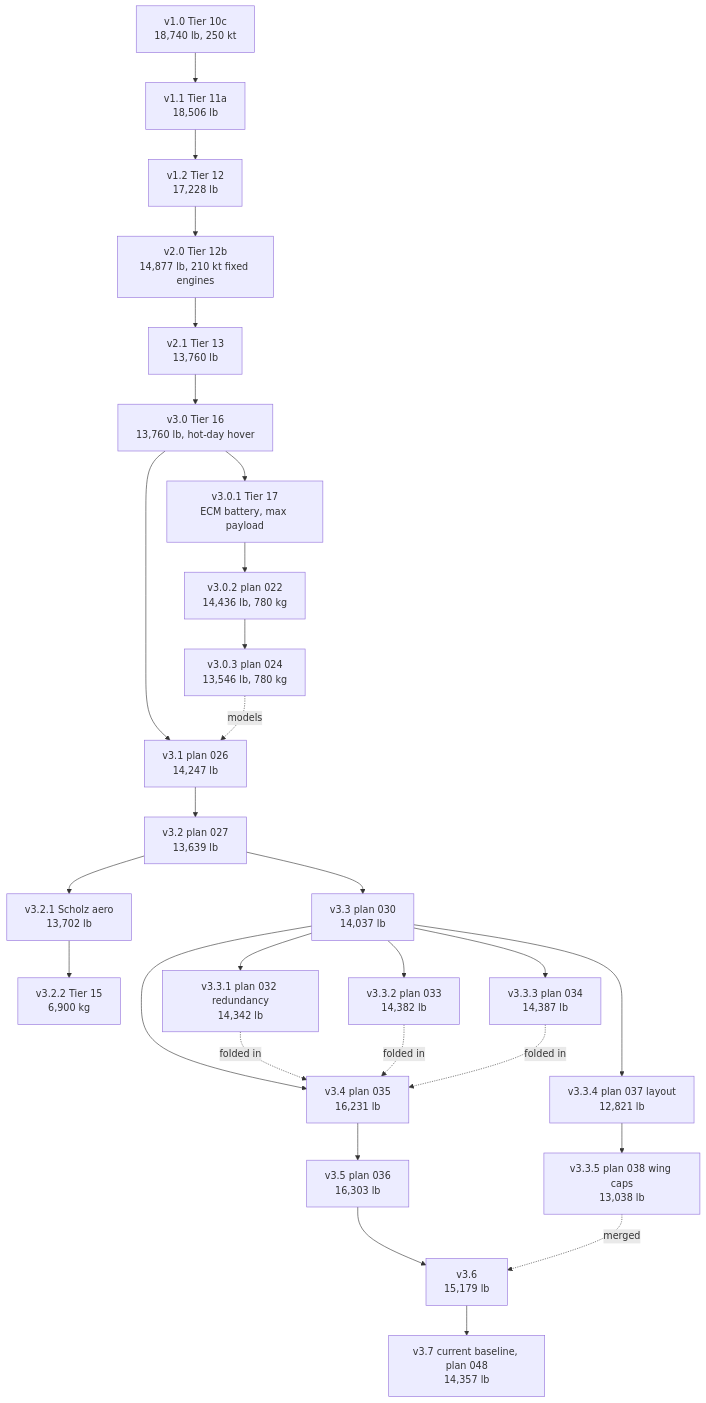
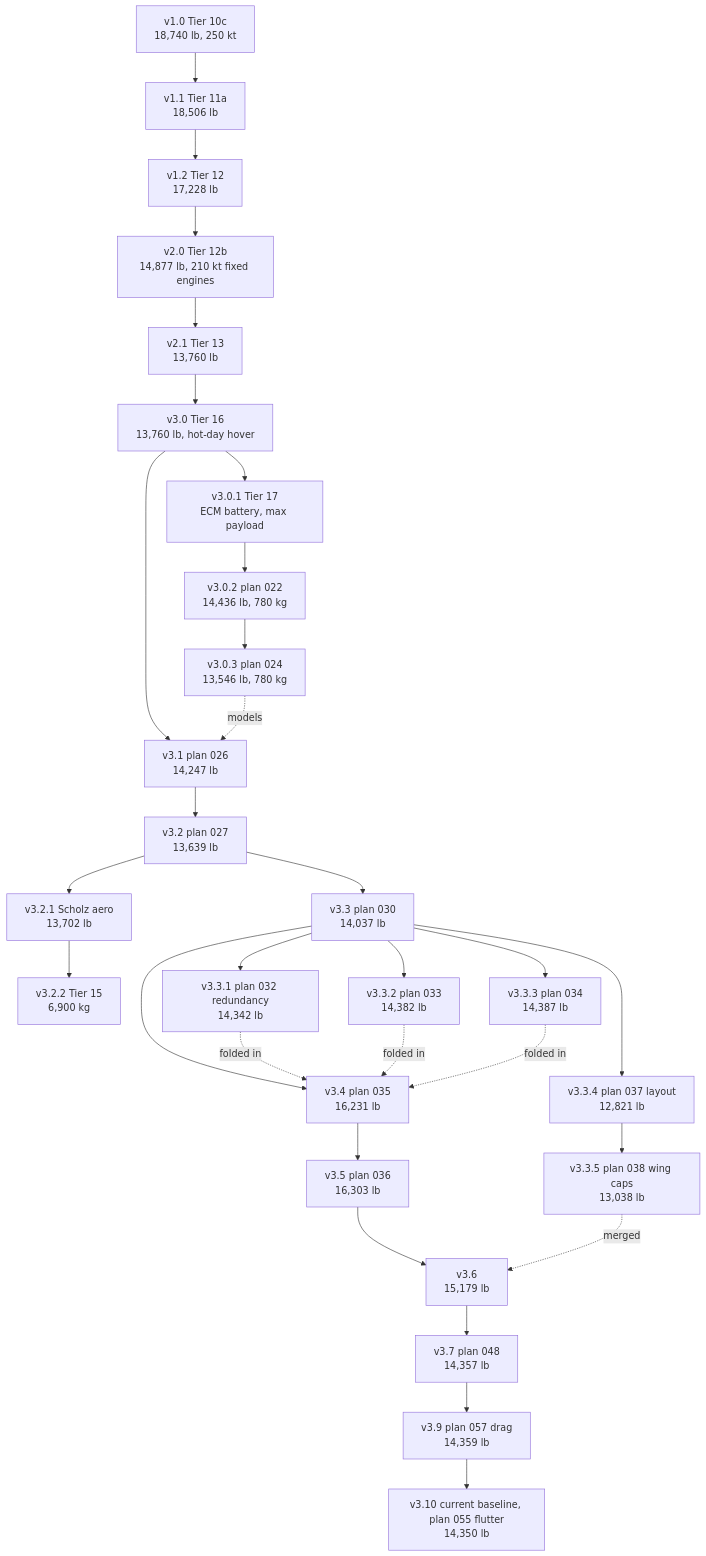
One commit to rootAmos/size_halo changed the diagram in docs/AIRCRAFT_VERSIONS.md. Above: the diagram before and after it, drawn with Mermaid. The commit also changed other lines of this file and 13 other files, not shown here.

First line of the commit message:
feat(sizing): baseline v3.10, flutter in the loop with delta-3 free on the recalibrated drag (plan 057)

````diff
--- a/docs/AIRCRAFT_VERSIONS.md
+++ b/docs/AIRCRAFT_VERSIONS.md
@@ -58,30 +60,32 @@
 ```mermaid
 flowchart TD
     v1_0["v1.0 Tier 10c<br/>18,740 lb, 250 kt"] --> v1_1["v1.1 Tier 11a<br/>18,506 lb"]
     v1_1 --> v1_2["v1.2 Tier 12<br/>17,228 lb"]
     v1_2 --> v2_0["v2.0 Tier 12b<br/>14,877 lb, 210 kt fixed engines"]
     v2_0 --> v2_1["v2.1 Tier 13<br/>13,760 lb"]
     v2_1 --> v3_0["v3.0 Tier 16<br/>13,760 lb, hot-day hover"]
     v3_0 --> v3_0_1["v3.0.1 Tier 17<br/>ECM battery, max payload"]
     v3_0_1 --> v3_0_2["v3.0.2 plan 022<br/>14,436 lb, 780 kg"]
     v3_0_2 --> v3_0_3["v3.0.3 plan 024<br/>13,546 lb, 780 kg"]
     v3_0 --> v3_1["v3.1 plan 026<br/>14,247 lb"]
     v3_0_3 -. models .-> v3_1
     v3_1 --> v3_2["v3.2 plan 027<br/>13,639 lb"]
     v3_2 --> v3_2_1["v3.2.1 Scholz aero<br/>13,702 lb"]
     v3_2_1 --> v3_2_2["v3.2.2 Tier 15<br/>6,900 kg"]
     v3_2 --> v3_3["v3.3 plan 030<br/>14,037 lb"]
     v3_3 --> v3_3_1["v3.3.1 plan 032 redundancy<br/>14,342 lb"]
     v3_3 --> v3_3_2["v3.3.2 plan 033<br/>14,382 lb"]
     v3_3 --> v3_3_3["v3.3.3 plan 034<br/>14,387 lb"]
     v3_3 --> v3_4["v3.4 plan 035<br/>16,231 lb"]
     v3_3_1 -. folded in .-> v3_4
     v3_3_2 -. folded in .-> v3_4
     v3_3_3 -. folded in .-> v3_4
     v3_4 --> v3_5["v3.5 plan 036<br/>16,303 lb"]
     v3_3 --> v3_3_4["v3.3.4 plan 037 layout<br/>12,821 lb"]
     v3_3_4 --> v3_3_5["v3.3.5 plan 038 wing caps<br/>13,038 lb"]
     v3_5 --> v3_6["v3.6<br/>15,179 lb"]
     v3_3_5 -. merged .-> v3_6
-    v3_6 --> v3_7["v3.7 current baseline, plan 048<br/>14,357 lb"]
+    v3_6 --> v3_7["v3.7 plan 048<br/>14,357 lb"]
+    v3_7 --> v3_9["v3.9 plan 057 drag<br/>14,359 lb"]
+    v3_9 --> v3_10["v3.10 current baseline, plan 055 flutter<br/>14,350 lb"]
 ```
````
